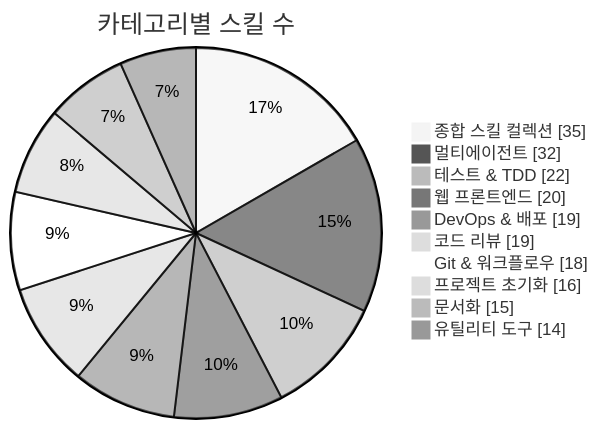
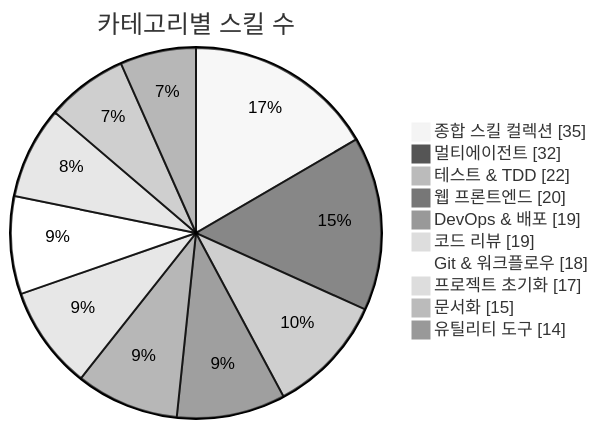
One commit to J-nowcow/awesome-korean-agent-skills changed the first of 3 diagrams in README.md. Above: the diagram before and after it, drawn with Mermaid (neutral theme). The commit also changed other lines of this file and 4 other files, not shown here.

````diff
--- a/README.md
+++ b/README.md
@@ -176,14 +176,14 @@
 ```mermaid
 pie showData
     title 카테고리별 스킬 수
     "종합 스킬 컬렉션" : 35
     "멀티에이전트" : 32
     "테스트 & TDD" : 22
     "웹 프론트엔드" : 20
     "DevOps & 배포" : 19
     "코드 리뷰" : 19
     "Git & 워크플로우" : 18
-    "프로젝트 초기화" : 16
+    "프로젝트 초기화" : 17
     "문서화" : 15
     "유틸리티 도구" : 14
 ```
````
